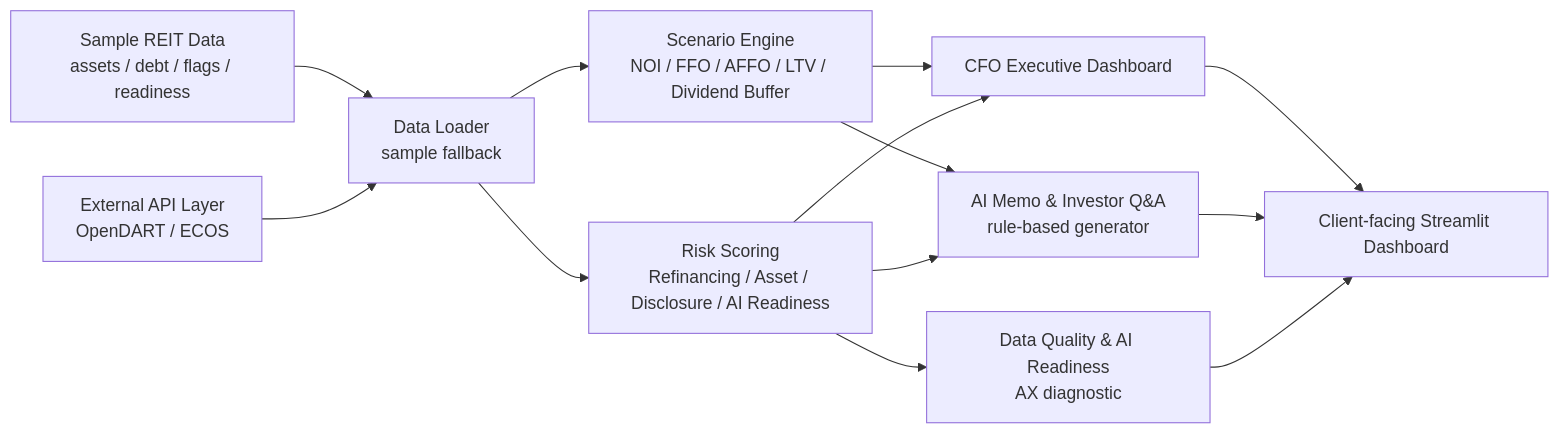
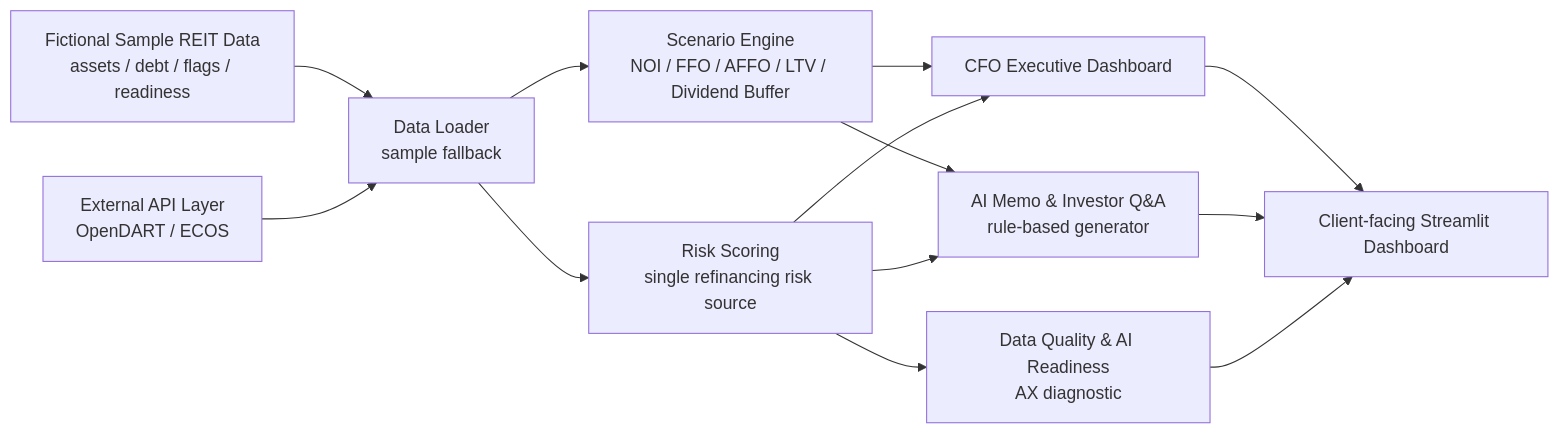
One commit to hahnjune0118/k-reit-cfo-copilot changed the diagram in README.md. Above: the diagram before and after it, drawn with Mermaid. The commit also changed other lines of this file and 17 other files, not shown here.

````diff
--- a/README.md
+++ b/README.md
@@ -45,15 +51,15 @@
 ```mermaid
 flowchart LR
-    A["Sample REIT Data<br/>assets / debt / flags / readiness"] --> B["Data Loader<br/>sample fallback"]
+    A["Fictional Sample REIT Data<br/>assets / debt / flags / readiness"] --> B["Data Loader<br/>sample fallback"]
     X["External API Layer<br/>OpenDART / ECOS"] --> B
     B --> C["Scenario Engine<br/>NOI / FFO / AFFO / LTV / Dividend Buffer"]
-    B --> D["Risk Scoring<br/>Refinancing / Asset / Disclosure / AI Readiness"]
+    B --> D["Risk Scoring<br/>single refinancing risk source"]
     C --> E["CFO Executive Dashboard"]
     D --> E
     C --> F["AI Memo & Investor Q&A<br/>rule-based generator"]
     D --> F
     D --> G["Data Quality & AI Readiness<br/>AX diagnostic"]
     E --> H["Client-facing Streamlit Dashboard"]
     F --> H
     G --> H
 ```
````
